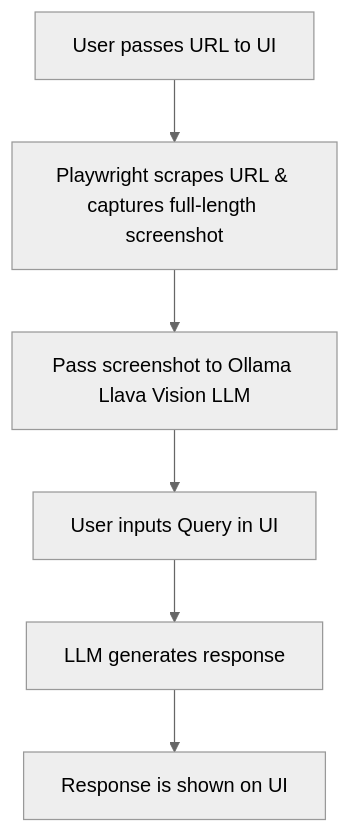
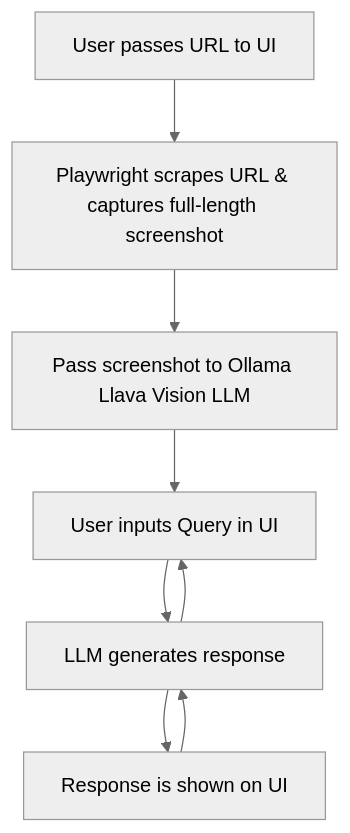
Before and after one commit to AdityaNarayan001/WebURL_Q-A_chatBot: the diagram in README.md, drawn with Mermaid (neutral theme).

Commit message:
flow addition 2

````diff
--- a/README.md
+++ b/README.md
@@ -14,8 +14,8 @@
 ```mermaid
 flowchart TD
     A[User passes URL to UI] --> B[Playwright scrapes URL & captures full-length screenshot]
     B --> C[Pass screenshot to Ollama Llava Vision LLM]
     C --> D[User inputs Query in UI]
-    D --> E[LLM generates response]
-    E --> F[Response is shown on UI]
+    D --> E[LLM generates response] --> D
+    E --> F[Response is shown on UI] --> E
 ```
````
